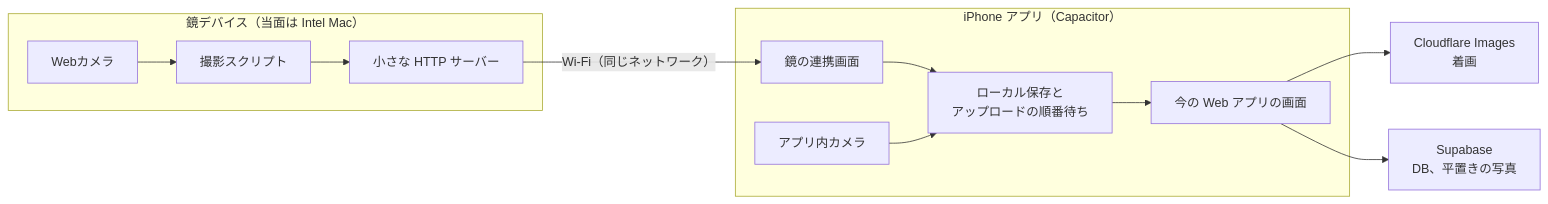
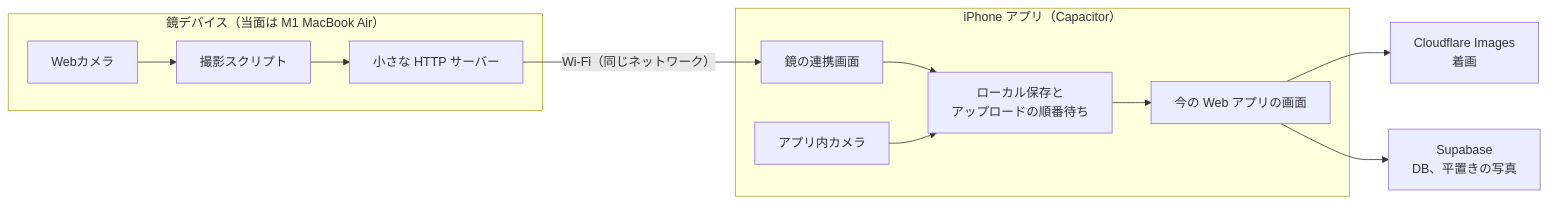
Before and after one commit to marochanchan/recloset: the diagram in docs/feedback1031/plan-b-native-app.md, drawn with Mermaid. The commit also changed other lines of this file and 1 other file, not shown here.

Commit message:
docs: record Plan 2a completion and the move to the M1 MacBook Air

````diff
--- a/docs/feedback1031/plan-b-native-app.md
+++ b/docs/feedback1031/plan-b-native-app.md
@@ -33,19 +33,19 @@
 ```mermaid
 flowchart LR
-  subgraph Mirror["鏡デバイス（当面は Intel Mac）"]
+  subgraph Mirror["鏡デバイス（当面は M1 MacBook Air）"]
     W["Webカメラ"] --> S["撮影スクリプト"]
     S --> H["小さな HTTP サーバー"]
   end
   subgraph Phone["iPhone アプリ（Capacitor）"]
     L["鏡の連携画面"]
     C["アプリ内カメラ"]
     Q["ローカル保存と<br>アップロードの順番待ち"]
     V["今の Web アプリの画面"]
     L --> Q
     C --> Q
     Q --> V
   end
   H -- "Wi-Fi（同じネットワーク）" --> L
   V --> CF["Cloudflare Images<br>着画"]
   V --> SB["Supabase<br>DB、平置きの写真"]
 ```
````
